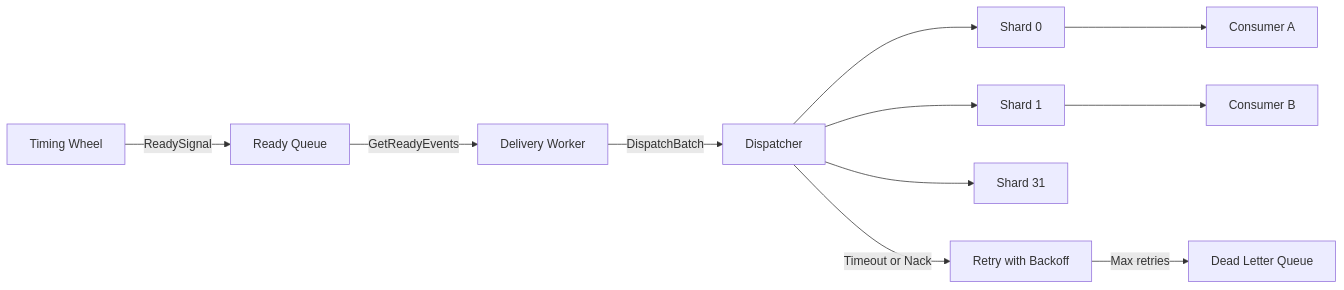
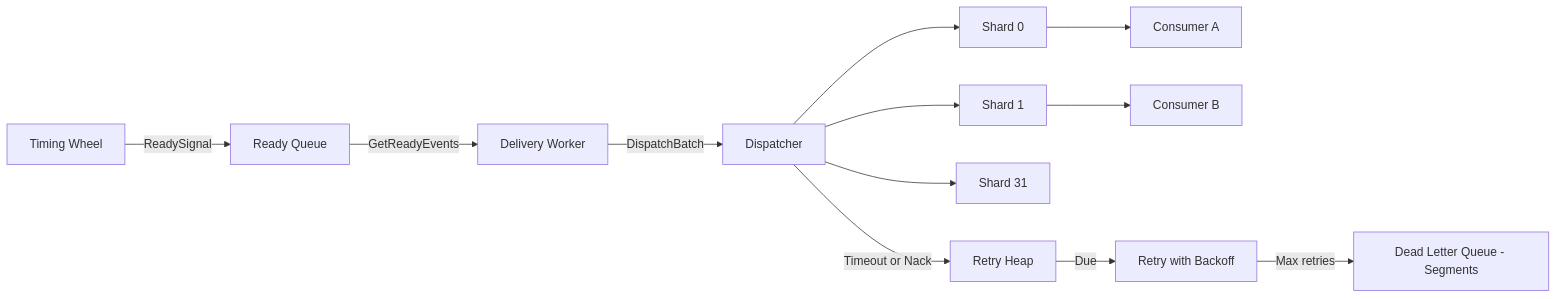
Diagram 20 of 43 in ARCHITECTURE.md (jatin711-debug/cronos_db_golang), drawn with Mermaid before and after one commit. The commit also changed other lines of this file and 24 other files, not shown here.

````diff
--- a/ARCHITECTURE.md
+++ b/ARCHITECTURE.md
@@ -581,16 +618,17 @@
 ```mermaid
 graph LR
     TW[Timing Wheel] -->|ReadySignal| RQ[Ready Queue]
     RQ -->|GetReadyEvents| W[Delivery Worker]
     W -->|DispatchBatch| DSP[Dispatcher]
 
     DSP --> SH0[Shard 0]
     DSP --> SH1[Shard 1]
     DSP --> SHN[Shard 31]
 
     SH0 --> SUB1[Consumer A]
     SH1 --> SUB2[Consumer B]
 
-    DSP -->|Timeout or Nack| RT[Retry with Backoff]
-    RT -->|Max retries| DLQ[Dead Letter Queue]
+    DSP -->|Timeout or Nack| RH[Retry Heap]
+    RH -->|Due| RT[Retry with Backoff]
+    RT -->|Max retries| DLQ[Dead Letter Queue - Segments]
 ```
````
